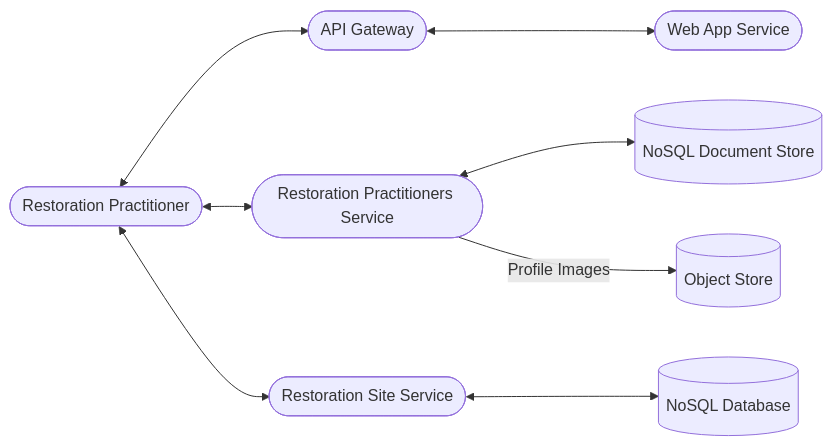
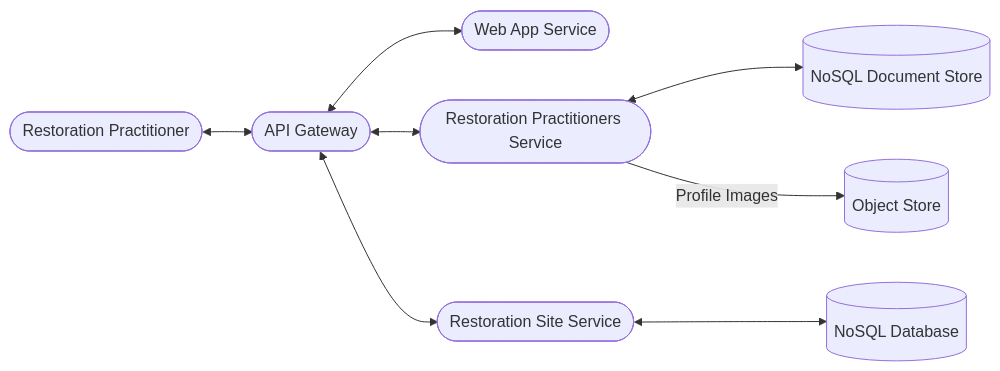
One commit to maulikdave-fh/bdi changed the fourth of 4 diagrams in README.md. Above: the diagram before and after it, drawn with Mermaid.

````diff
--- a/README.md
+++ b/README.md
@@ -125,10 +125,10 @@
 ```mermaid
     flowchart LR
         RP([Restoration Practitioner]) <--> APIGateway([API Gateway])
         APIGateway <--> WebApp([Web App Service])
-        RP <--> RPS([Restoration Practitioners Service])
+        APIGateway <--> RPS([Restoration Practitioners Service])
         RPS <--> RPSSQL[(NoSQL Document Store)]
         RPS --> |Profile Images| ObjStore[(Object Store)]
-        RP <--> RestorationSite([Restoration Site Service])
+        APIGateway <--> RestorationSite([Restoration Site Service])
         RestorationSite <--> RSSSQL[(NoSQL Database)]
 ```
````
